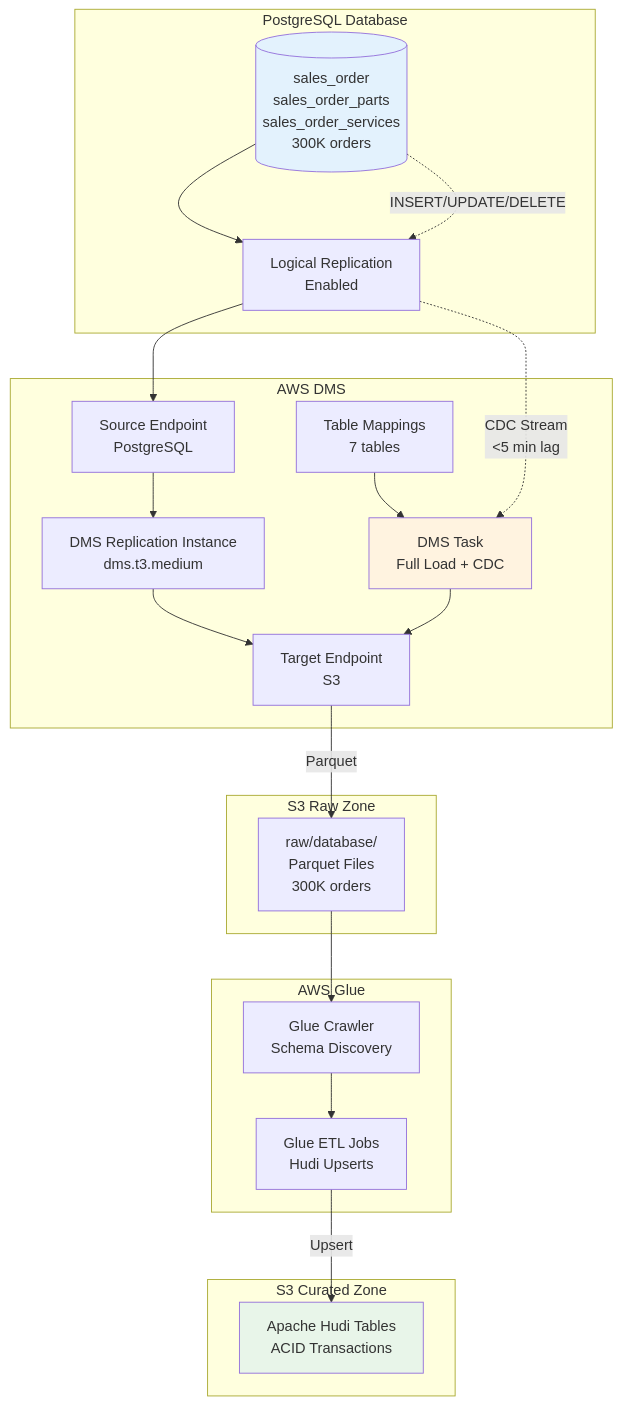
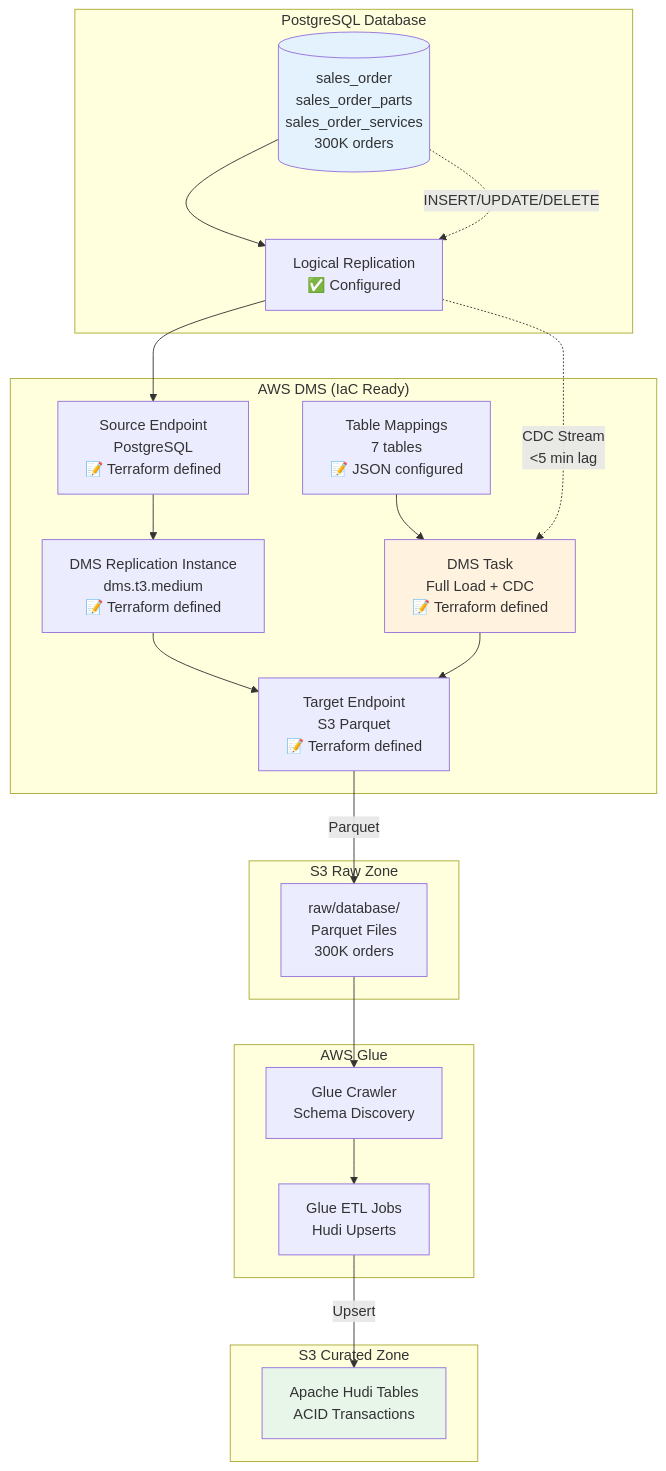
The fourth of 10 diagrams in PROCESS_FLOW_DIAGRAM.md (Bytes0211/autocorp), drawn with Mermaid before and after one commit. The commit also changed other lines of this file and 24 other files, not shown here.

````diff
--- a/PROCESS_FLOW_DIAGRAM.md
+++ b/PROCESS_FLOW_DIAGRAM.md
@@ -171,46 +174,46 @@
 ```mermaid
 flowchart TB
     subgraph PostgreSQL["PostgreSQL Database"]
         PG_Data[(sales_order<br/>sales_order_parts<br/>sales_order_services<br/>300K orders)]
-        PG_Logical[Logical Replication<br/>Enabled]
+        PG_Logical[Logical Replication<br/>✅ Configured]
     end
     
-    subgraph DMS["AWS DMS"]
-        DMS_Instance[DMS Replication Instance<br/>dms.t3.medium]
-        Source_EP[Source Endpoint<br/>PostgreSQL]
-        Target_EP[Target Endpoint<br/>S3]
-        Task[DMS Task<br/>Full Load + CDC]
-        TableMap[Table Mappings<br/>7 tables]
+    subgraph DMS["AWS DMS (IaC Ready)"]
+        DMS_Instance[DMS Replication Instance<br/>dms.t3.medium<br/>📝 Terraform defined]
+        Source_EP[Source Endpoint<br/>PostgreSQL<br/>📝 Terraform defined]
+        Target_EP[Target Endpoint<br/>S3 Parquet<br/>📝 Terraform defined]
+        Task[DMS Task<br/>Full Load + CDC<br/>📝 Terraform defined]
+        TableMap[Table Mappings<br/>7 tables<br/>📝 JSON configured]
     end
     
     subgraph S3Raw["S3 Raw Zone"]
         S3_Parquet[raw/database/<br/>Parquet Files<br/>300K orders]
     end
     
     subgraph Glue["AWS Glue"]
         Crawler[Glue Crawler<br/>Schema Discovery]
         ETL[Glue ETL Jobs<br/>Hudi Upserts]
     end
     
     subgraph Hudi["S3 Curated Zone"]
         HudiTables[Apache Hudi Tables<br/>ACID Transactions]
     end
     
     PG_Data --> PG_Logical
     PG_Logical --> Source_EP
     Source_EP --> DMS_Instance
     DMS_Instance --> Target_EP
     TableMap --> Task
     Task --> Target_EP
     Target_EP -->|Parquet| S3_Parquet
     S3_Parquet --> Crawler
     Crawler --> ETL
     ETL -->|Upsert| HudiTables
     
     PG_Data -.->|INSERT/UPDATE/DELETE| PG_Logical
     PG_Logical -.->|CDC Stream<br/>&lt;5 min lag| Task
     
     style PG_Data fill:#e3f2fd
     style Task fill:#fff3e0
     style HudiTables fill:#e8f5e9
 ```
````
